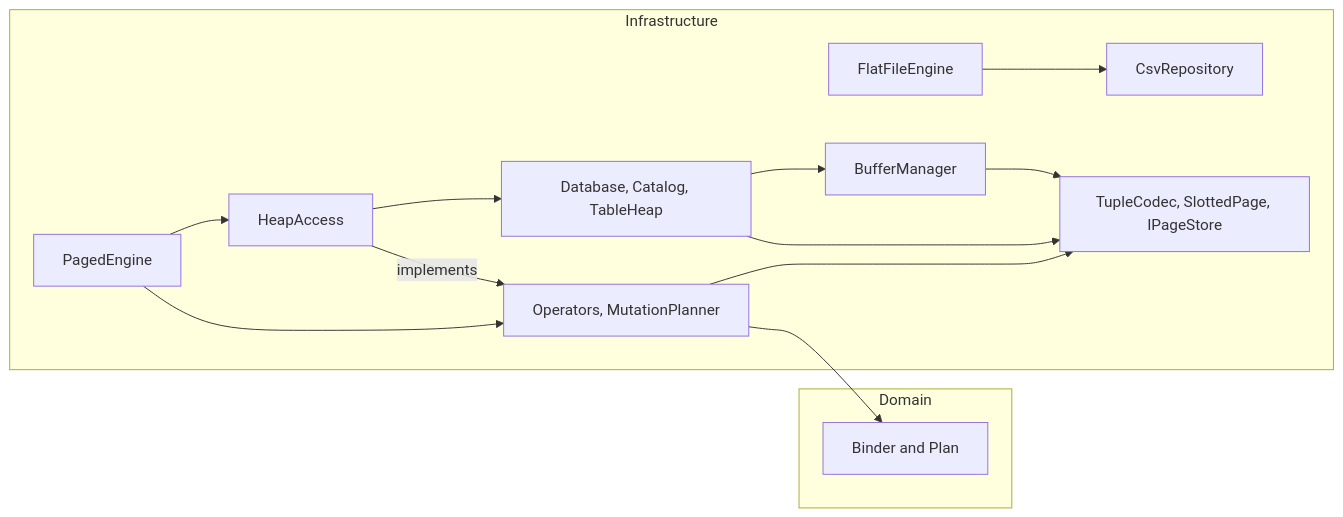
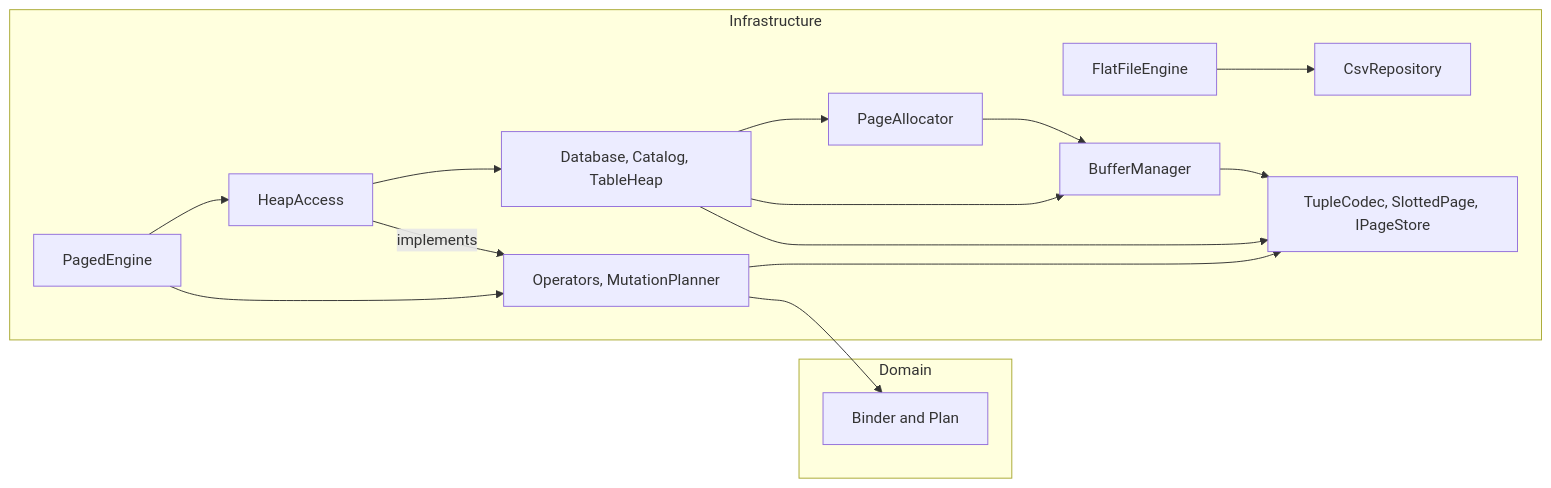
One commit to daniel-gs-93/flatfiledb changed the second of 12 diagrams in docs/DesignDocument.md. Above: the diagram before and after it, drawn with Mermaid. The commit also changed other lines of this file and 36 other files, not shown here.

````diff
--- a/docs/DesignDocument.md
+++ b/docs/DesignDocument.md
@@ -55,26 +55,29 @@
 ```mermaid
 flowchart LR
     subgraph Domain
         Binder["Binder and Plan"]
     end
     subgraph Infrastructure
         FlatFileEngine
         CsvRepository
         PagedEngine
         RowLayer["Operators, MutationPlanner"]
         HeapAccess
         Storage["Database, Catalog, TableHeap"]
+        PageAllocator
         BufferManager
         ByteLayer["TupleCodec, SlottedPage, IPageStore"]
     end
     FlatFileEngine --> CsvRepository
     PagedEngine --> RowLayer
     PagedEngine --> HeapAccess
     RowLayer --> Binder
     RowLayer --> ByteLayer
     HeapAccess -->|implements| RowLayer
     HeapAccess --> Storage
+    Storage --> PageAllocator
     Storage --> BufferManager
     Storage --> ByteLayer
+    PageAllocator --> BufferManager
     BufferManager --> ByteLayer
 ```
````
